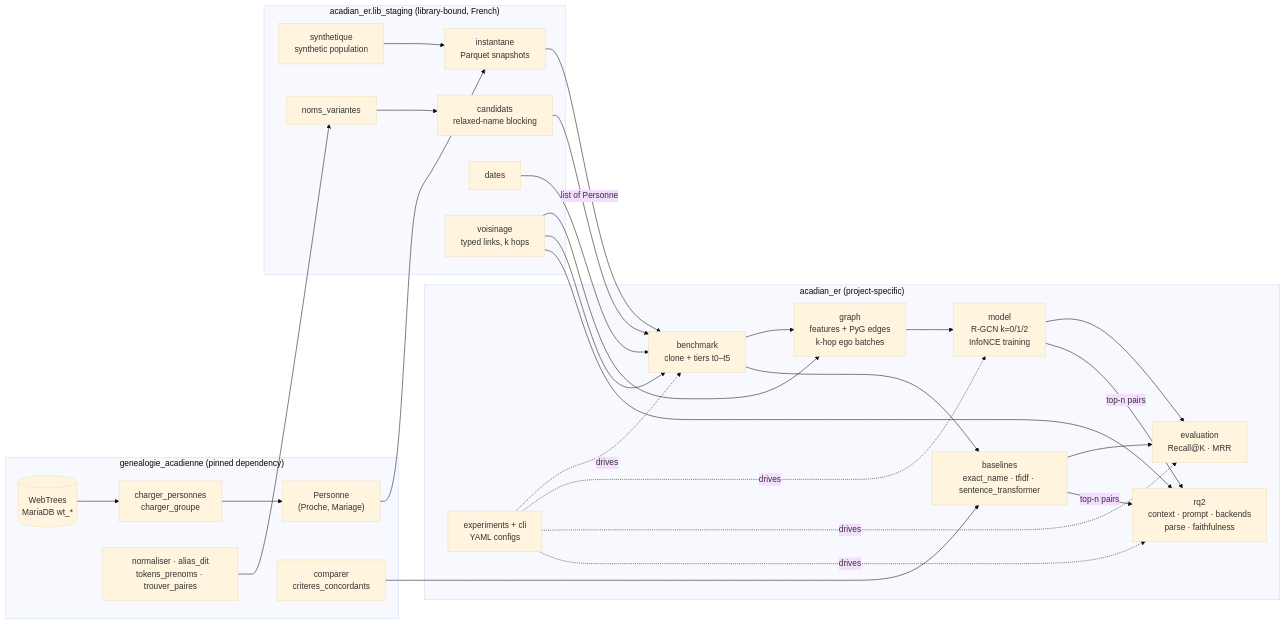
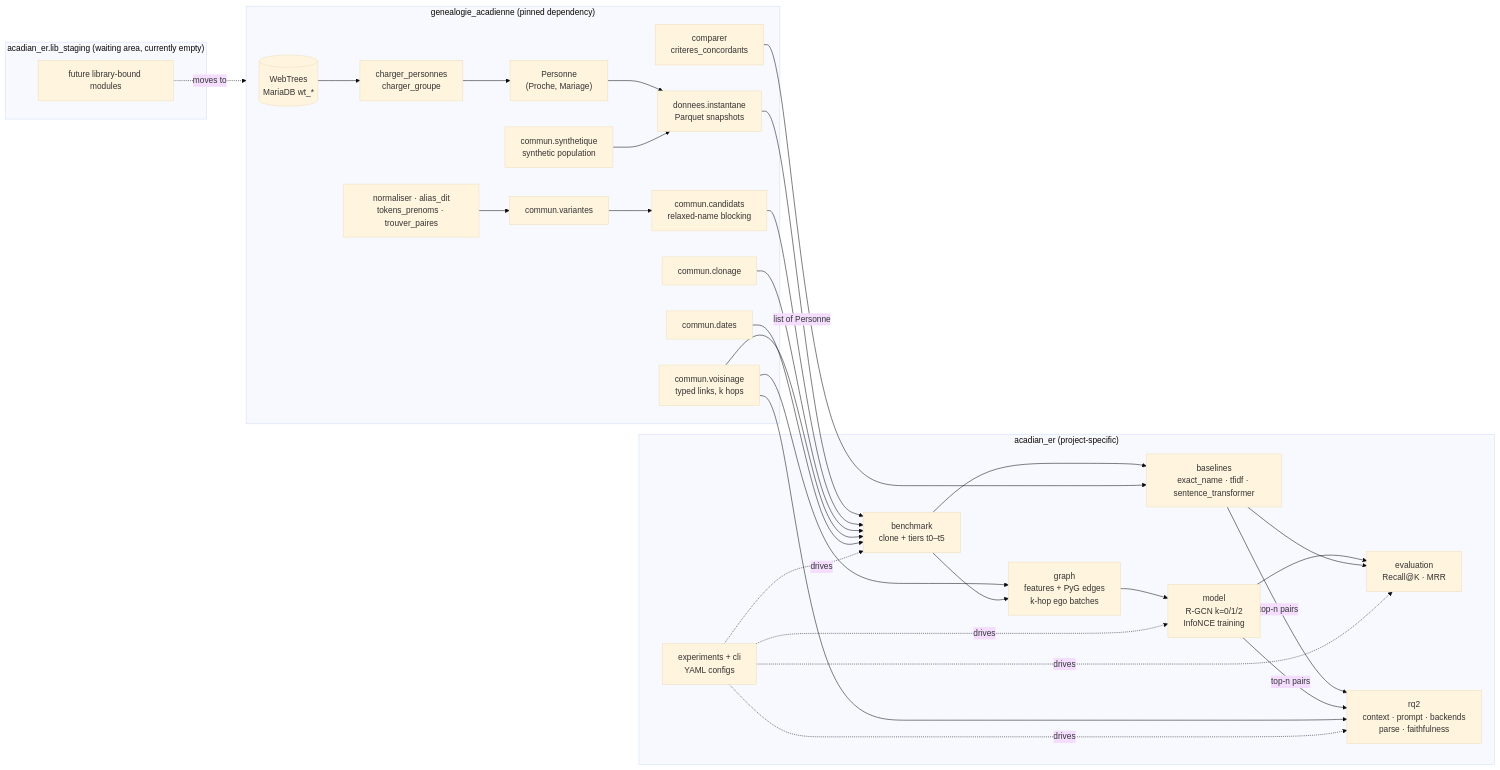
Before and after one commit to Incandescent-Turtle/acadian-entity-resolution: the diagram in docs/ARCHITECTURE.md, drawn with Mermaid (base theme). The commit also changed other lines of this file and 4 other files, not shown here.

First line of the commit message:
Docs: staged modules now live in the library

````diff
--- a/docs/ARCHITECTURE.md
+++ b/docs/ARCHITECTURE.md
@@ -5,48 +5,52 @@
 ```mermaid
 flowchart LR
   subgraph GA["genealogie_acadienne (pinned dependency)"]
     DB[(WebTrees<br/>MariaDB wt_*)]
     LOAD["charger_personnes<br/>charger_groupe"]
     MODEL["Personne<br/>(Proche, Mariage)"]
     CMP["comparer<br/>criteres_concordants"]
     NOMS["normaliser · alias_dit<br/>tokens_prenoms · trouver_paires"]
+    SNAP["donnees.instantane<br/>Parquet snapshots"]
+    SYN["commun.synthetique<br/>synthetic population"]
+    VAR["commun.variantes"]
+    CAND["commun.candidats<br/>relaxed-name blocking"]
+    DATES["commun.dates"]
+    VOIS["commun.voisinage<br/>typed links, k hops"]
+    CLO["commun.clonage"]
     DB --> LOAD --> MODEL
   end
 
-  subgraph LS["acadian_er.lib_staging (library-bound, French)"]
-    SNAP["instantane<br/>Parquet snapshots"]
-    SYN["synthetique<br/>synthetic population"]
-    VAR["noms_variantes"]
-    CAND["candidats<br/>relaxed-name blocking"]
-    DATES["dates"]
-    VOIS["voisinage<br/>typed links, k hops"]
+  subgraph LS["acadian_er.lib_staging (waiting area, currently empty)"]
+    NEW["future library-bound modules"]
   end
 
   subgraph ER["acadian_er (project-specific)"]
     GRAPH["graph<br/>features + PyG edges<br/>k-hop ego batches"]
     BENCH["benchmark<br/>clone + tiers t0–t5"]
     BASE["baselines<br/>exact_name · tfidf · sentence_transformer"]
     RGCN["model<br/>R-GCN k=0/1/2<br/>InfoNCE training"]
     EVAL["evaluation<br/>Recall@K · MRR"]
     RQ2["rq2<br/>context · prompt · backends<br/>parse · faithfulness"]
     EXP["experiments + cli<br/>YAML configs"]
   end
 
   MODEL --> SNAP
   SYN --> SNAP
   SNAP -->|list of Personne| BENCH
   NOMS --> VAR --> CAND
   CAND --> BENCH
+  CLO --> BENCH
+  NEW -. moves to .-> GA
   VOIS --> GRAPH
   VOIS --> BENCH
   DATES --> BENCH
   BENCH --> GRAPH --> RGCN
   BENCH --> BASE
   CMP --> BASE
   RGCN --> EVAL
   BASE --> EVAL
   BASE -->|top-n pairs| RQ2
   RGCN -->|top-n pairs| RQ2
   VOIS --> RQ2
   EXP -. drives .-> BENCH & RGCN & EVAL & RQ2
 ```
````
